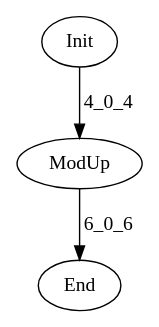
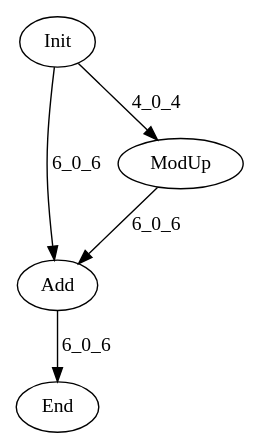
The diagram in data/graph_poly.dot (hal-lab-u-tokyo/PolyFHE), drawn with Graphviz before and after one commit. The commit also changed 4 other files, not shown here.

```diff
--- a/data/graph_poly.dot
+++ b/data/graph_poly.dot
@@ -1,7 +1,10 @@
 digraph G {
 Init[label="Init"];
 End[label="End"];
+Add[label="Add"];
 ModUp[label="ModUp"];
 Init -> ModUp[label="4_0_4"];
-ModUp -> End[label="6_0_6"];
+Init -> Add[label="6_0_6"];
+ModUp -> Add[label="6_0_6"];
+Add -> End[label="6_0_6"];
 }
```
